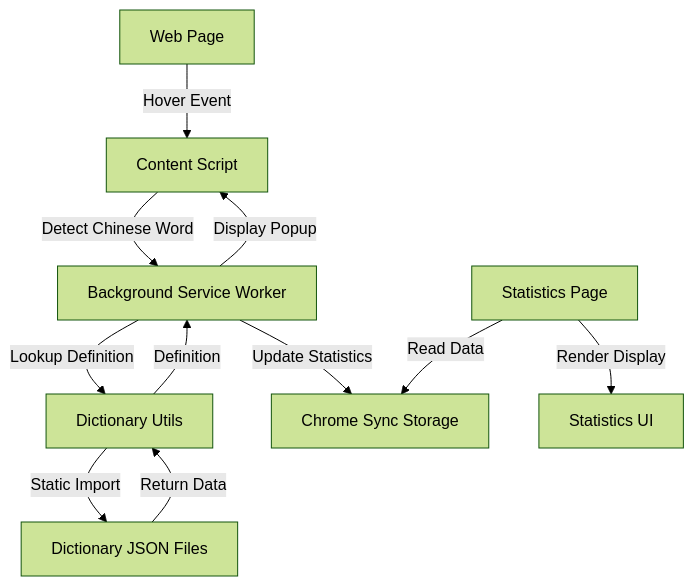
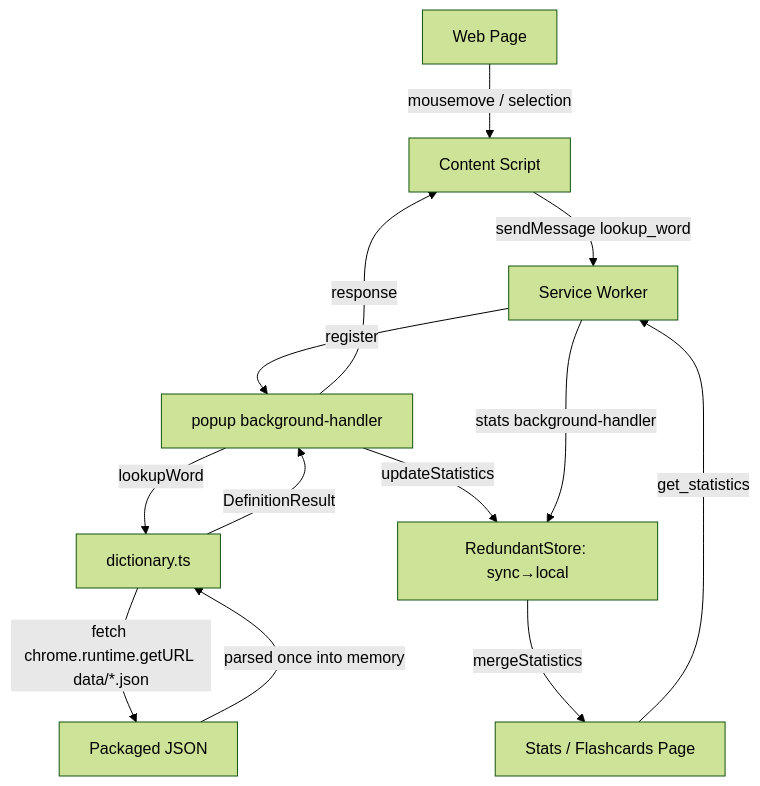
Before and after one commit to VWongDev/canto-toolbox: the diagram in .claude/docs/architecture.md, drawn with Mermaid (forest theme). The commit also changed other lines of this file, not shown here.

First line of the commit message:
docs(global): Correct architecture doc to match current layout

````diff
--- a/.claude/docs/architecture.md
+++ b/.claude/docs/architecture.md
@@ -54,13 +68,15 @@
 ```mermaid
 flowchart TD
-    A[Web Page] -->|Hover Event| B[Content Script]
-    B -->|Detect Chinese Word| C[Background Service Worker]
-    C -->|Lookup Definition| D[Dictionary Utils]
-    D -->|Static Import| E[Dictionary JSON Files]
-    E -->|Return Data| D
-    D -->|Definition| C
-    C -->|Display Popup| B
-    C -->|Update Statistics| F[Chrome Sync Storage]
-    G[Statistics Page] -->|Read Data| F
-    G -->|Render Display| H[Statistics UI]
+    A[Web Page] -->|mousemove / selection| B[Content Script]
+    B -->|sendMessage lookup_word| C[Service Worker]
+    C -->|register| H1[popup background-handler]
+    H1 -->|lookupWord| D[dictionary.ts]
+    D -->|fetch chrome.runtime.getURL data/*.json| E[Packaged JSON]
+    E -->|parsed once into memory| D
+    D -->|DefinitionResult| H1
+    H1 -->|response| B
+    H1 -->|updateStatistics| F[RedundantStore: sync→local]
+    G[Stats / Flashcards Page] -->|get_statistics| C
+    C -->|stats background-handler| F
+    F -->|mergeStatistics| G
 ```
````
